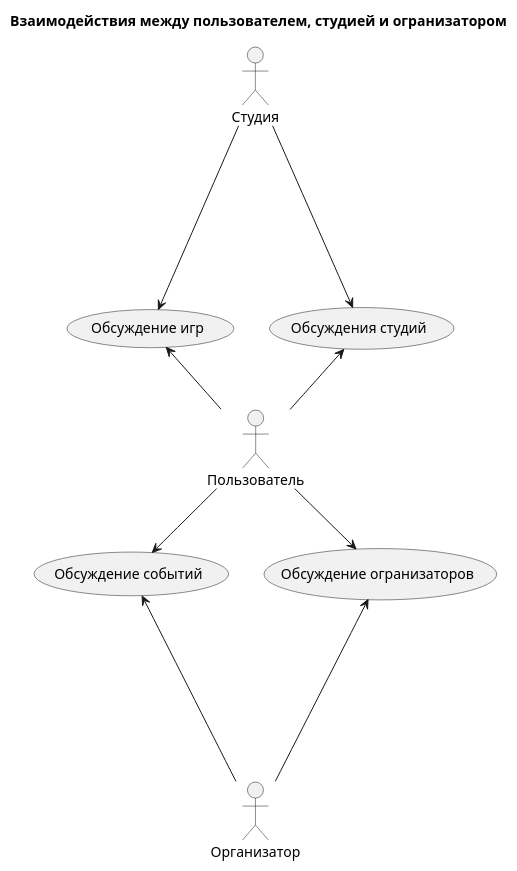
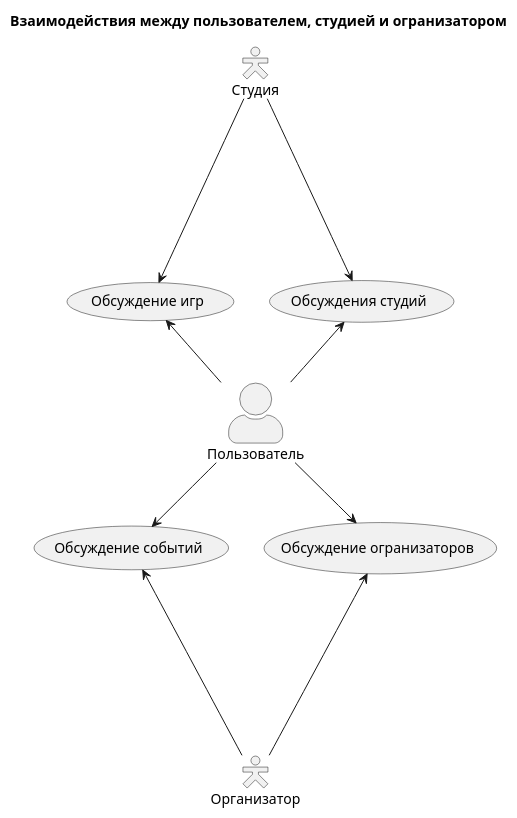
One commit to TrondinDS/SNGGame changed the diagram in doc/usecases/abstract_user_studio_organizer_interaction.plantuml. Above: the diagram before and after it, drawn with PlantUML. The commit also changed 2 other files, not shown here.

Commit message:
add detailed studio usecase diagram

```diff
--- a/doc/usecases/abstract_user_studio_organizer_interaction.plantuml
+++ b/doc/usecases/abstract_user_studio_organizer_interaction.plantuml
@@ -1,25 +1,28 @@
 @startuml
 
 title "Взаимодействия между пользователем, студией и огранизатором"
 
+skinparam actorStyle awesome
 :Пользователь: as user
+
+skinparam actorStyle hollow
 :Студия: as studio
 :Организатор: as organizer
 
 usecase "Обсуждения студий" as studio_topics
 usecase "Обсуждение игр" as game_topics
 usecase "Обсуждение огранизаторов" as organizer_topics
 usecase "Обсуждение событий" as event_topics
 
 user -up-> studio_topics
 user -up-> game_topics
 user -down-> organizer_topics
 user -down-> event_topics
 
 studio -down---> studio_topics
 studio -down---> game_topics
 
 organizer -up---> organizer_topics
 organizer -up---> event_topics
 
 @enduml
```
